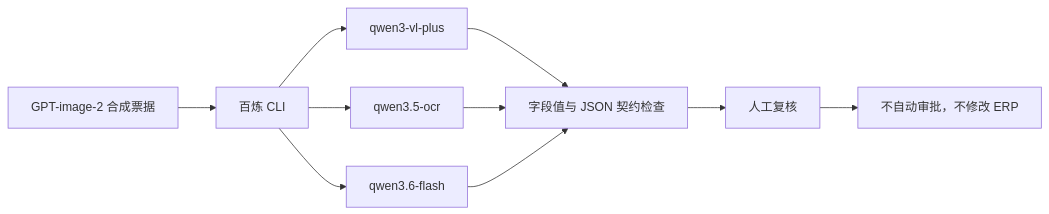
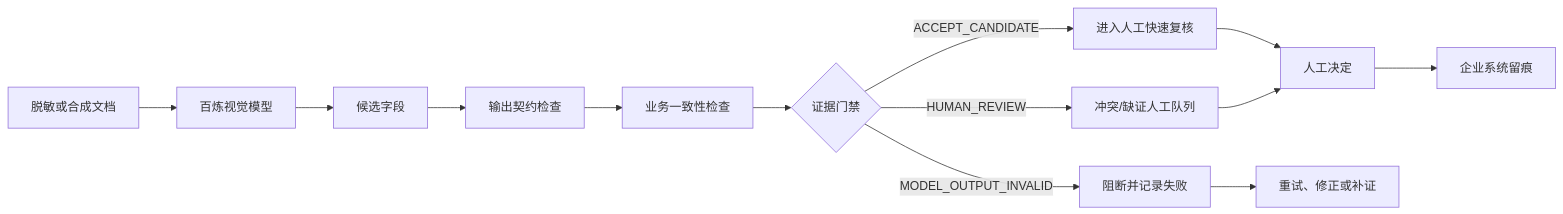
One commit to 2487238628/evidencegate-ocr changed the diagram in README.md. Above: the diagram before and after it, drawn with Mermaid. The commit also changed other lines of this file, not shown here.

````diff
--- a/README.md
+++ b/README.md
@@ -20,12 +15,15 @@
 ```mermaid
 flowchart LR
-  I["GPT-image-2 合成票据"] --> C["百炼 CLI"]
-  C --> M1["qwen3-vl-plus"]
-  C --> M2["qwen3.5-ocr"]
-  C --> M3["qwen3.6-flash"]
-  M1 --> V["字段值与 JSON 契约检查"]
-  M2 --> V
-  M3 --> V
-  V --> H["人工复核"]
-  H --> B["不自动审批，不修改 ERP"]
+  A["脱敏或合成文档"] --> B["百炼视觉模型"]
+  B --> C["候选字段"]
+  C --> D["输出契约检查"]
+  D --> E["业务一致性检查"]
+  E --> F{"证据门禁"}
+  F -->|ACCEPT_CANDIDATE| G["进入人工快速复核"]
+  F -->|HUMAN_REVIEW| H["冲突/缺证人工队列"]
+  F -->|MODEL_OUTPUT_INVALID| I["阻断并记录失败"]
+  G --> J["人工决定"]
+  H --> J
+  I --> K["重试、修正或补证"]
+  J --> L["企业系统留痕"]
 ```
````
